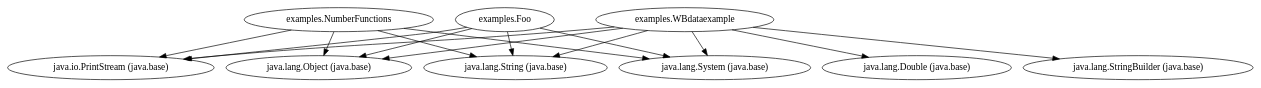
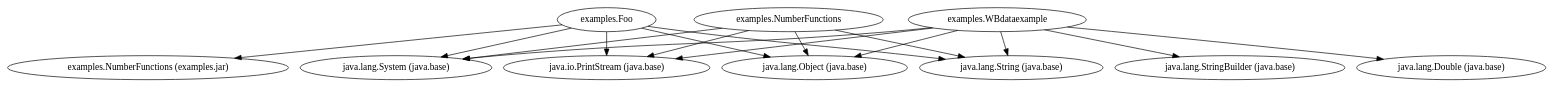
The diagram in src/main/java/datasets/examples.dot (pdlmachado/GraphTheory-JGraphT), drawn with Graphviz before and after one commit.

```diff
--- a/src/main/java/datasets/examples.dot
+++ b/src/main/java/datasets/examples.dot
@@ -1,17 +1,18 @@
 digraph "examples.jar" {
     // Path: examples.jar
+   "examples.Foo"                                     -> "examples.NumberFunctions (examples.jar)";
    "examples.Foo"                                     -> "java.io.PrintStream (java.base)";
    "examples.Foo"                                     -> "java.lang.Object (java.base)";
    "examples.Foo"                                     -> "java.lang.String (java.base)";
    "examples.Foo"                                     -> "java.lang.System (java.base)";
    "examples.NumberFunctions"                         -> "java.io.PrintStream (java.base)";
    "examples.NumberFunctions"                         -> "java.lang.Object (java.base)";
    "examples.NumberFunctions"                         -> "java.lang.String (java.base)";
    "examples.NumberFunctions"                         -> "java.lang.System (java.base)";
    "examples.WBdataexample"                           -> "java.io.PrintStream (java.base)";
    "examples.WBdataexample"                           -> "java.lang.Double (java.base)";
    "examples.WBdataexample"                           -> "java.lang.Object (java.base)";
    "examples.WBdataexample"                           -> "java.lang.String (java.base)";
    "examples.WBdataexample"                           -> "java.lang.StringBuilder (java.base)";
    "examples.WBdataexample"                           -> "java.lang.System (java.base)";
 }
```
